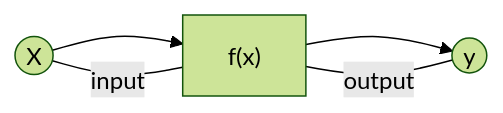
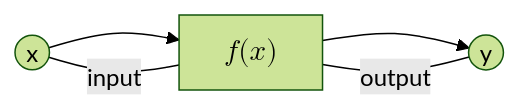
Before and after one commit to chitono/StuCrs: the first of 7 diagrams in docs/book-basic/src/Aut_dif_realnumber/bibun_jissou_zidou.md, drawn with Mermaid (forest theme). The commit also changed other lines of this file, not shown here.

````diff
--- a/docs/book-basic/src/Aut_dif_realnumber/bibun_jissou_zidou.md
+++ b/docs/book-basic/src/Aut_dif_realnumber/bibun_jissou_zidou.md
@@ -9,7 +9,7 @@
 ```mermaid
 graph LR
- A((X)) --> B["f(x)"]
+ A((x)) --> B["$$f(x)$$"]
  B --> C((y))
  A ---|"input"| B
  B ---|"output"| C
 ```
````
